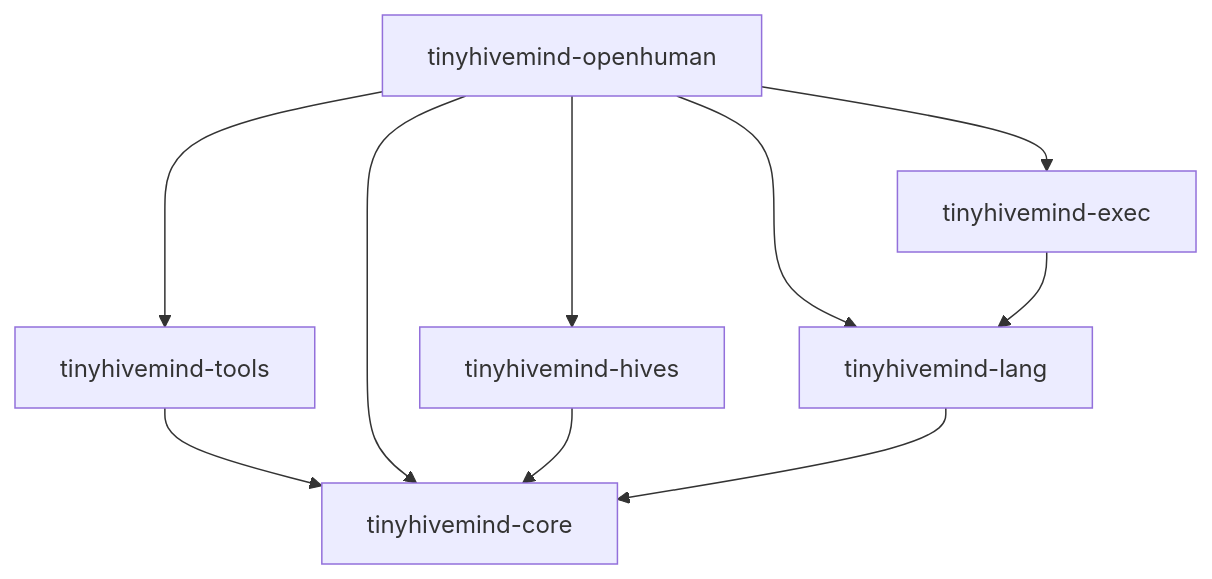
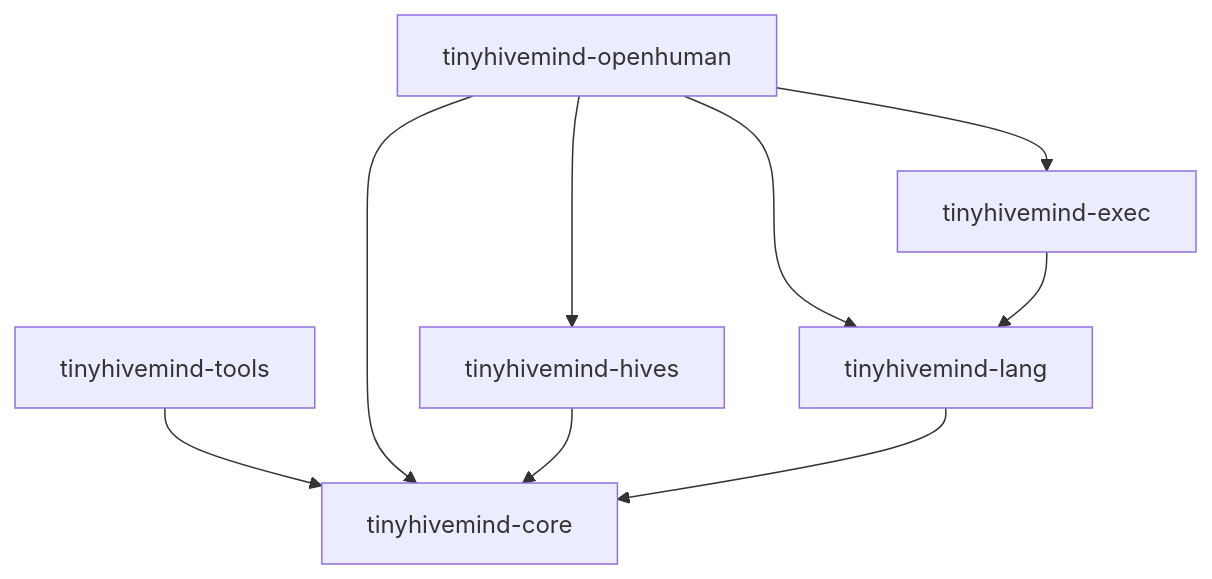
One commit to tinyhumansai/tinyhivemind changed the diagram in docs/crate-dependencies.md. Above: the diagram before and after it, drawn with Mermaid. The commit also changed 3 other files, not shown here.

````diff
--- a/docs/crate-dependencies.md
+++ b/docs/crate-dependencies.md
@@ -6,12 +6,11 @@
 ```mermaid
 flowchart TD
     tools["tinyhivemind-tools"] --> core["tinyhivemind-core"]
     openhuman["tinyhivemind-openhuman"] --> core
     openhuman --> hives["tinyhivemind-hives"]
     hives --> core
     lang["tinyhivemind-lang"] --> core
     openhuman --> lang
     exec["tinyhivemind-exec"] --> lang
     openhuman --> exec
-    openhuman --> tools
 ```
````
